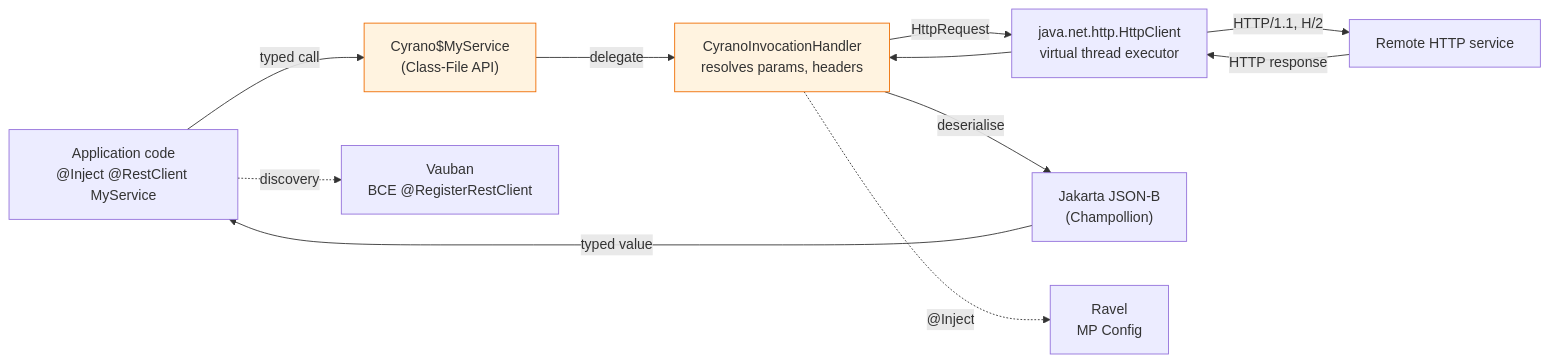
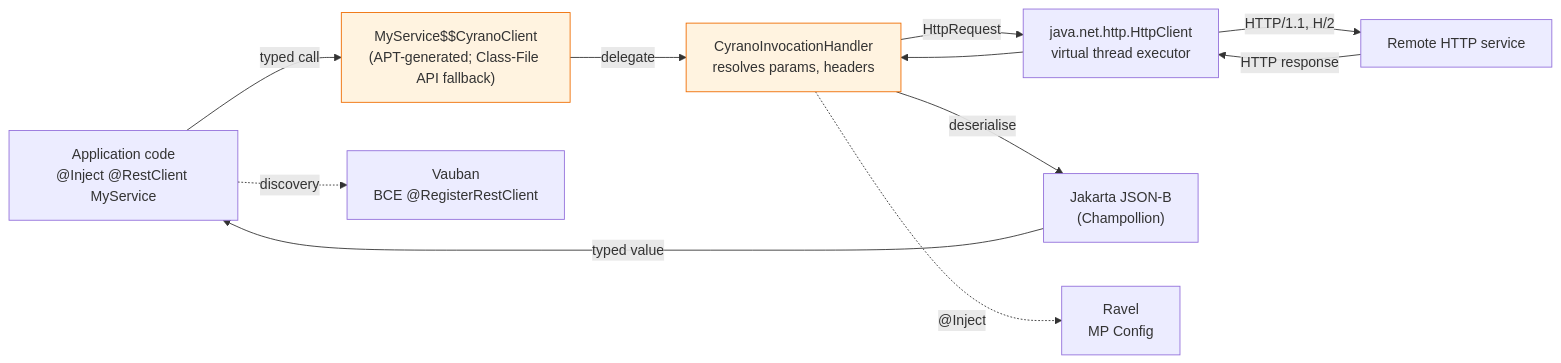
The diagram in docs/en/modules/ROOT/pages/index.adoc (vidocq-stack/cyrano), drawn with Mermaid before and after one commit. The commit also changed other lines of this file and 7 other files, not shown here.

```diff
--- a/docs/en/modules/ROOT/pages/index.adoc
+++ b/docs/en/modules/ROOT/pages/index.adoc
@@ -66,25 +66,25 @@
 [mermaid]
 ....
 flowchart LR
   App["Application code<br/>@Inject @RestClient MyService"]
-  Proxy["Cyrano$MyService<br/>(Class-File API)"]
+  Proxy["MyService$$CyranoClient<br/>(APT-generated; Class-File API fallback)"]
   Handler["CyranoInvocationHandler<br/>resolves params, headers"]
   HttpC["java.net.http.HttpClient<br/>virtual thread executor"]
   Remote["Remote HTTP service"]
   JSONB["Jakarta JSON-B<br/>(Champollion)"]
 
   App -->|typed call| Proxy
   Proxy -->|delegate| Handler
   Handler -->|HttpRequest| HttpC
   HttpC -->|HTTP/1.1, H/2| Remote
   Remote -->|HTTP response| HttpC
   HttpC --> Handler
   Handler -->|deserialise| JSONB
   JSONB -->|typed value| App
 
   Handler -.@Inject.-> Ravel["Ravel<br/>MP Config"]
   App -.discovery.-> Vauban["Vauban<br/>BCE @RegisterRestClient"]
 
   classDef rt fill:#fff3e0,stroke:#ef6c00
   class Proxy,Handler rt
 ....
```
